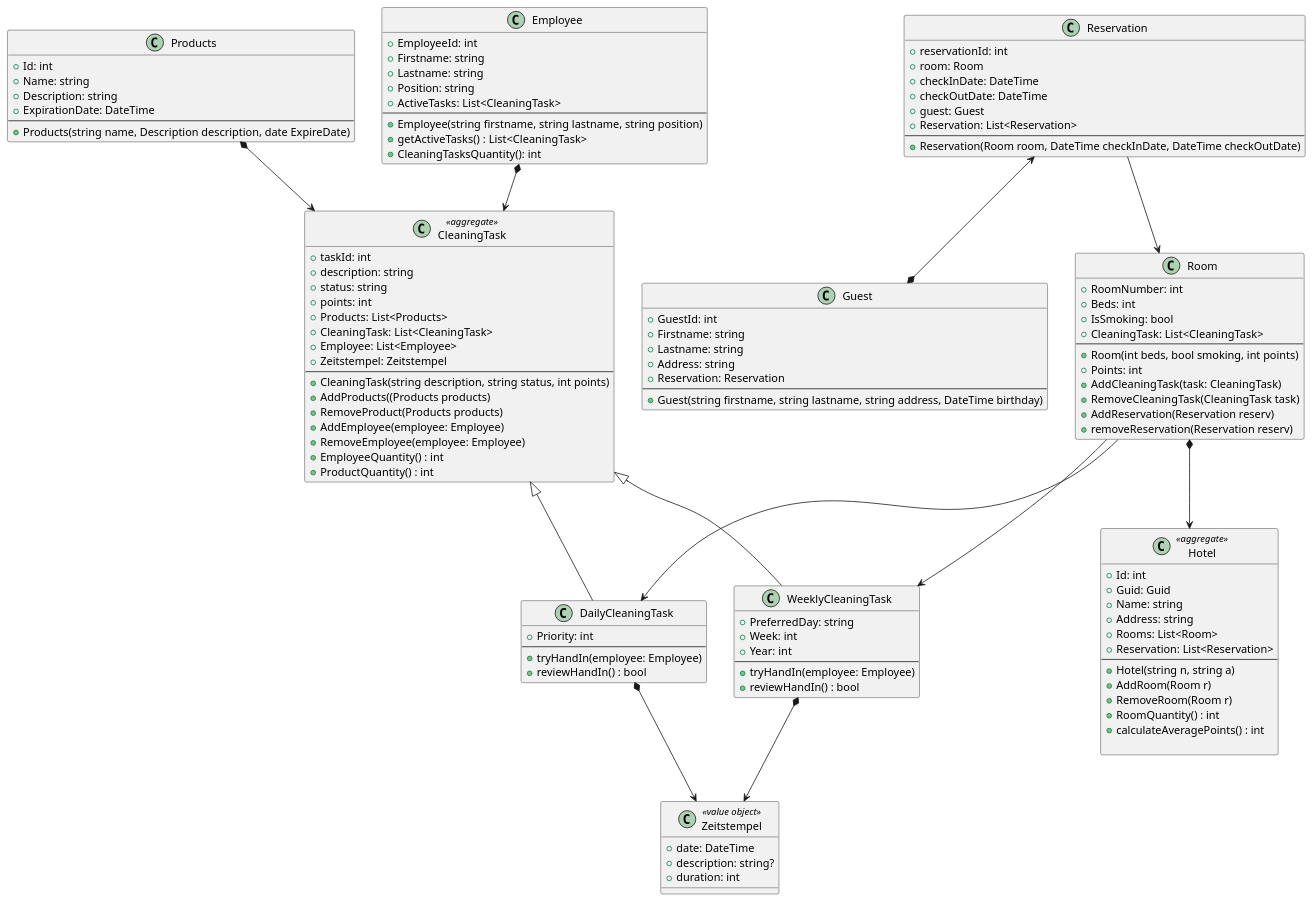
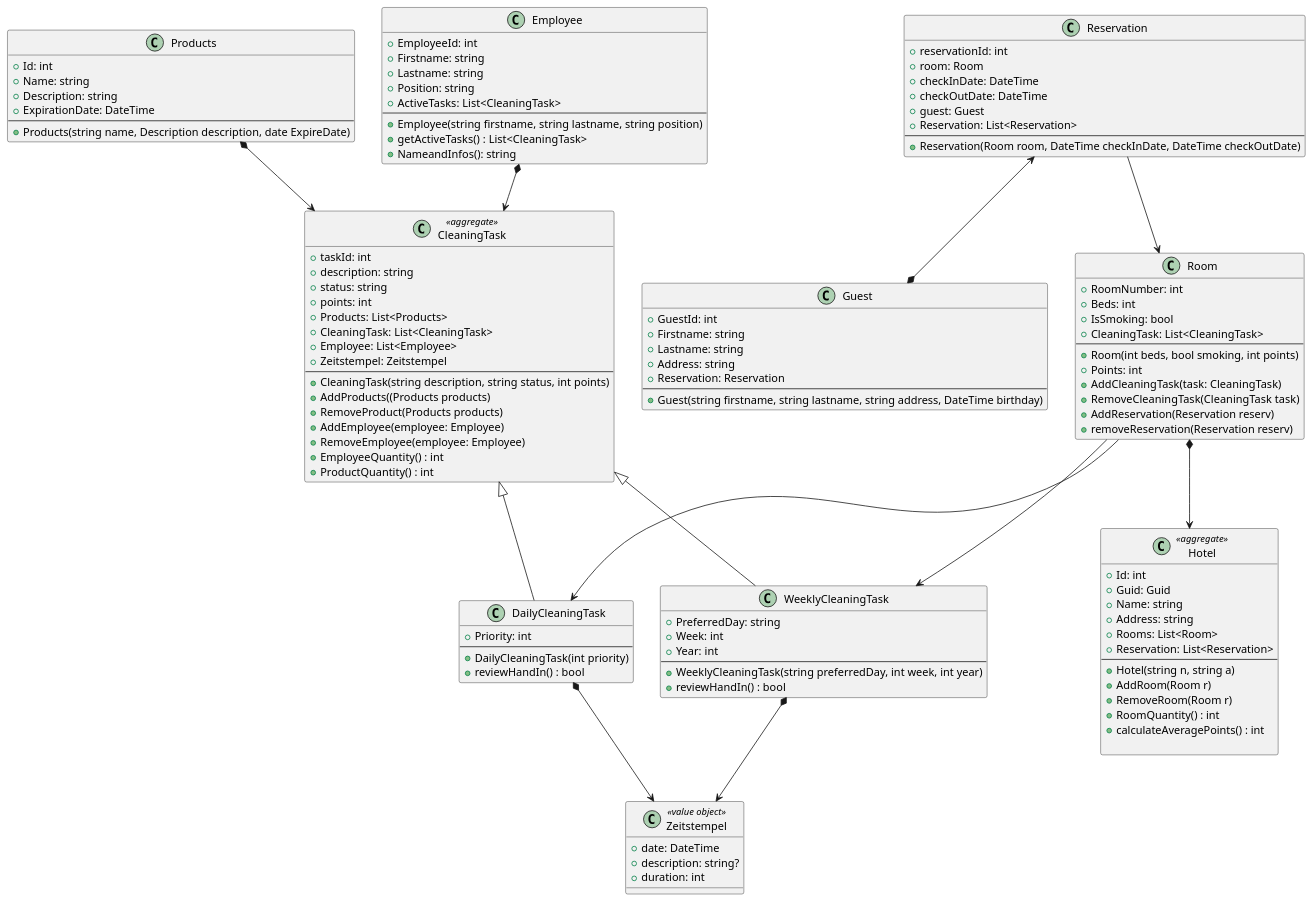
One commit to LukasW2/Reinigungsverwaltung_Wezo changed the diagram in Diagram/diagram.puml. Above: the diagram before and after it, drawn with PlantUML. The commit also changed 5 other files, not shown here.

```diff
--- a/Diagram/diagram.puml
+++ b/Diagram/diagram.puml
@@ -1,128 +1,128 @@
 @startuml
 
 class CleaningTask <<aggregate>> {
   +taskId: int
   +description: string
   +status: string
   +points: int
   +Products: List<Products>
   +CleaningTask: List<CleaningTask>
   +Employee: List<Employee>
   +Zeitstempel: Zeitstempel
   --
   +CleaningTask(string description, string status, int points)
   +AddProducts((Products products)
   +RemoveProduct(Products products) 
   +AddEmployee(employee: Employee)
   +RemoveEmployee(employee: Employee)
   +EmployeeQuantity() : int 
   +ProductQuantity() : int
 }
 
 class DailyCleaningTask extends CleaningTask {
   +Priority: int
   --
-  +tryHandIn(employee: Employee)
+  +DailyCleaningTask(int priority)
   +reviewHandIn() : bool
 }
 
 class WeeklyCleaningTask extends CleaningTask {
   +PreferredDay: string
   +Week: int
   +Year: int
   --
-  +tryHandIn(employee: Employee)
+  +WeeklyCleaningTask(string preferredDay, int week, int year)
   +reviewHandIn() : bool
 }
 
 class Employee {
   +EmployeeId: int
   +Firstname: string
   +Lastname: string
   +Position: string
   +ActiveTasks: List<CleaningTask>
   --
   +Employee(string firstname, string lastname, string position)
   +getActiveTasks() : List<CleaningTask>
-  +CleaningTasksQuantity(): int
+  +NameandInfos(): string 
 }
 
 class Zeitstempel <<value object>>{
     +date: DateTime
     +description: string?
     +duration: int
 }
 
 
 class Products {
   + Id: int
   + Name: string
   + Description: string
   + ExpirationDate: DateTime
   --
   + Products(string name, Description description, date ExpireDate)
 }
 
 class Room {
   +RoomNumber: int
   +Beds: int
   +IsSmoking: bool
   +CleaningTask: List<CleaningTask>
   --
   +Room(int beds, bool smoking, int points)
   +Points: int
   +AddCleaningTask(task: CleaningTask)
   +RemoveCleaningTask(CleaningTask task)
   +AddReservation(Reservation reserv)
   +removeReservation(Reservation reserv)
 }
 
 class Hotel <<aggregate>> {
   +Id: int
   +Guid: Guid
   +Name: string
   +Address: string
   +Rooms: List<Room>
   +Reservation: List<Reservation>
   --
   +Hotel(string n, string a)
   +AddRoom(Room r)
   +RemoveRoom(Room r)
   +RoomQuantity() : int
   +calculateAveragePoints() : int
   
 }
 
 class Guest {
   +GuestId: int
   +Firstname: string
   +Lastname: string
   +Address: string
   +Reservation: Reservation
   --
   +Guest(string firstname, string lastname, string address, DateTime birthday)
 }
 
 class Reservation {
   +reservationId: int
   +room: Room
   +checkInDate: DateTime
   +checkOutDate: DateTime
   +guest: Guest
   +Reservation: List<Reservation>
   --
   +Reservation(Room room, DateTime checkInDate, DateTime checkOutDate)
 }
 
 DailyCleaningTask *--> Zeitstempel
 WeeklyCleaningTask *--> Zeitstempel
 
 Employee *--> CleaningTask
 Room --> DailyCleaningTask
 Room --> WeeklyCleaningTask
 Room *--> Hotel
 Reservation <--* Guest
 Reservation --> Room
 Products *--> CleaningTask
 
 @enduml
```
